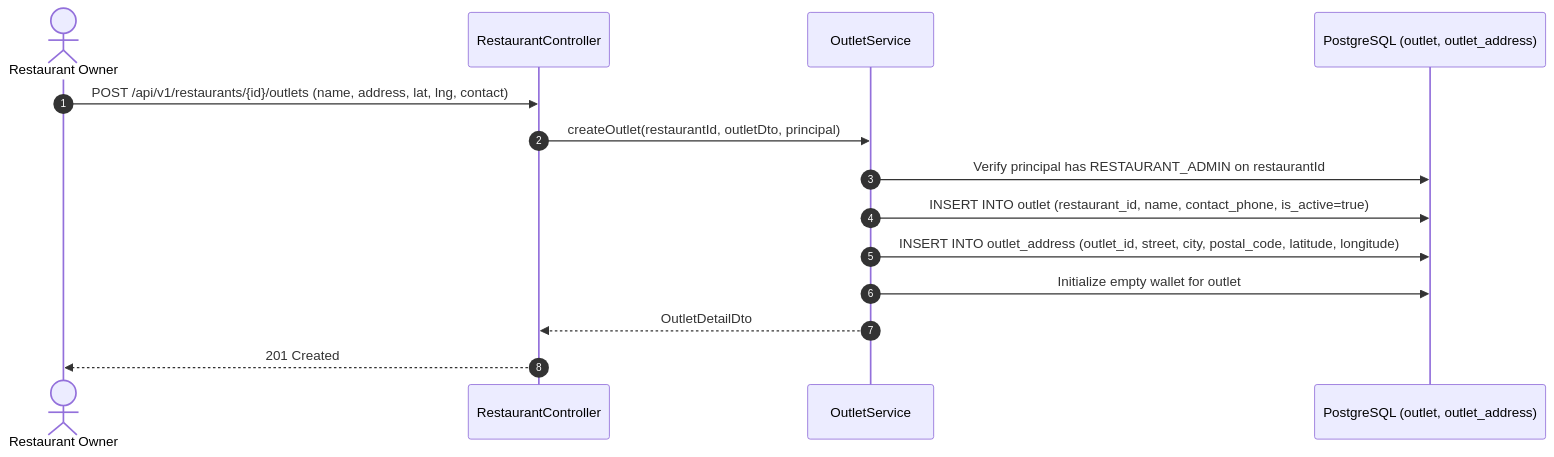
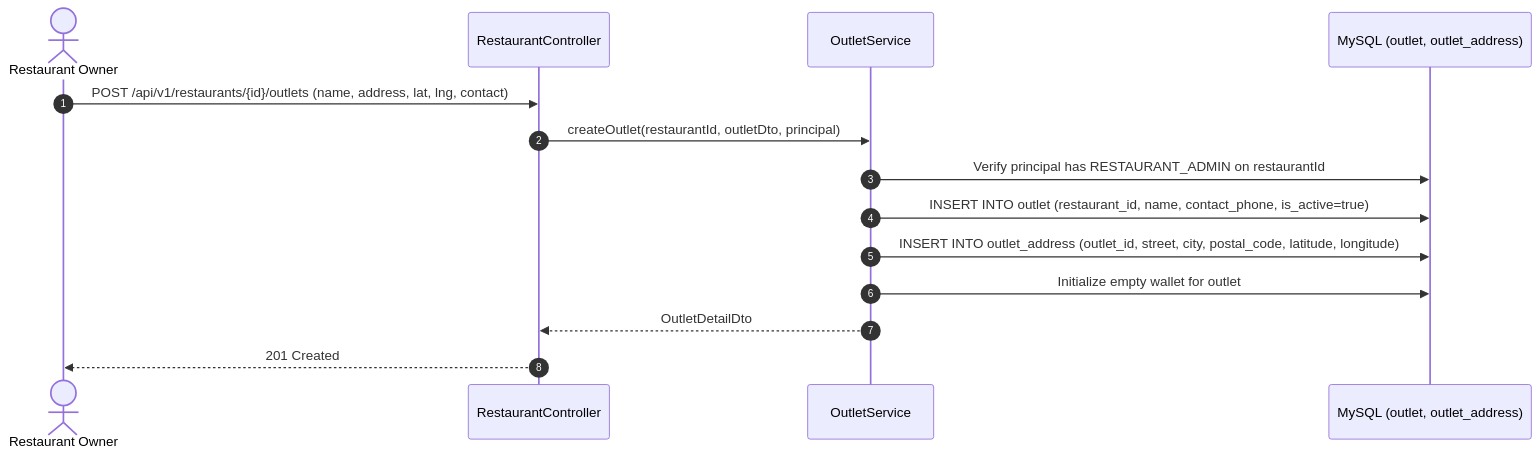
The second of 3 diagrams in docs/architecture/sequence-diagrams/06-identity-and-orgs.md (narasimha-reddy/costonomy-mp-api), drawn with Mermaid before and after one commit. The commit also changed other lines of this file and 19 other files, not shown here.

First line of the commit message:
docs(delivery): current state, diagrams, decisions D-204 to D-207, changelog and traceability

````diff
--- a/docs/architecture/sequence-diagrams/06-identity-and-orgs.md
+++ b/docs/architecture/sequence-diagrams/06-identity-and-orgs.md
@@ -56,17 +56,17 @@
 ```mermaid
 sequenceDiagram
     autonumber
     actor Owner as Restaurant Owner
     participant RC as RestaurantController
     participant OS as OutletService
-    participant DB as PostgreSQL (outlet, outlet_address)
+    participant DB as MySQL (outlet, outlet_address)
 
     Owner->>RC: POST /api/v1/restaurants/{id}/outlets (name, address, lat, lng, contact)
     RC->>OS: createOutlet(restaurantId, outletDto, principal)
     OS->>DB: Verify principal has RESTAURANT_ADMIN on restaurantId
     OS->>DB: INSERT INTO outlet (restaurant_id, name, contact_phone, is_active=true)
     OS->>DB: INSERT INTO outlet_address (outlet_id, street, city, postal_code, latitude, longitude)
     OS->>DB: Initialize empty wallet for outlet
     OS-->>RC: OutletDetailDto
     RC-->>Owner: 201 Created
 ```
````
